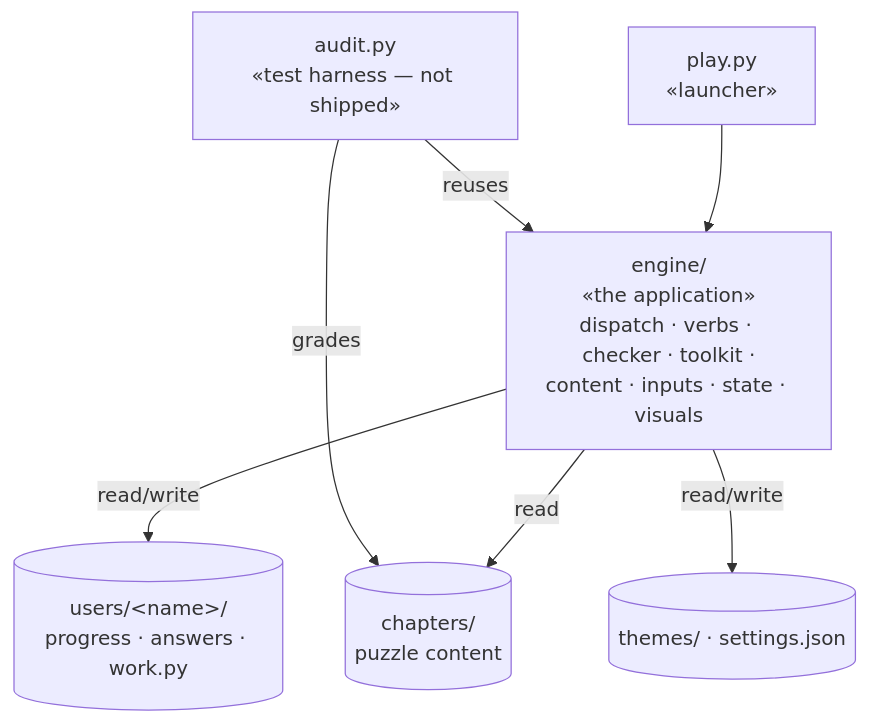
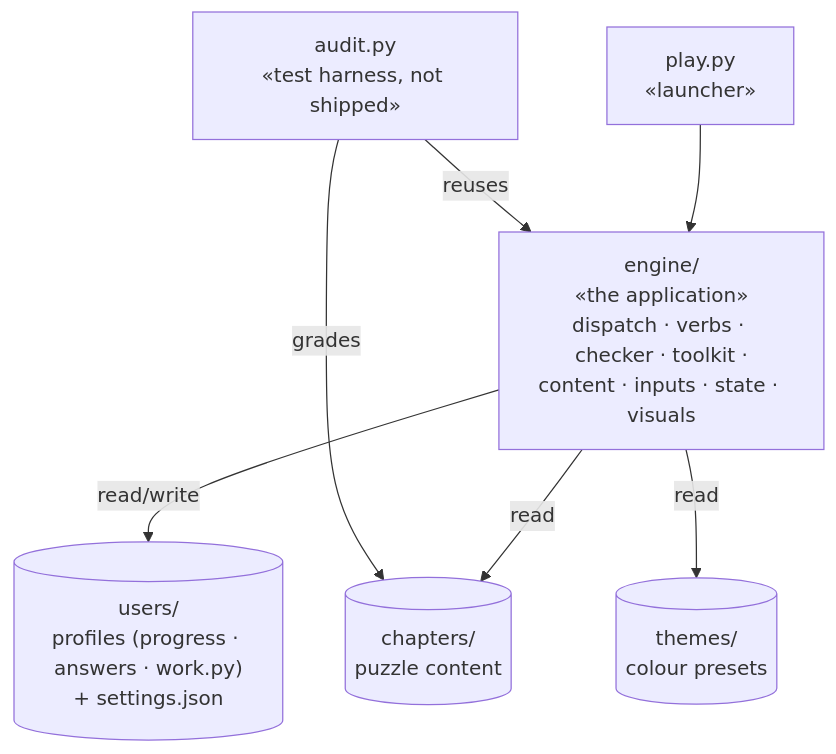
Before and after one commit to N041M/PyQuest: the second of 12 diagrams in docs/architecture/README.md, drawn with Mermaid. The commit also changed other lines of this file and 10 other files, not shown here.

````diff
--- a/docs/architecture/README.md
+++ b/docs/architecture/README.md
@@ -55,16 +55,16 @@
 ```mermaid
 flowchart TB
     play["play.py<br/>«launcher»"]
     engine["engine/<br/>«the application»<br/>dispatch · verbs · checker · toolkit ·<br/>content · inputs · state · visuals"]
-    audit["audit.py<br/>«test harness — not shipped»"]
+    audit["audit.py<br/>«test harness, not shipped»"]
     chapters[("chapters/<br/>puzzle content")]
-    users[("users/&lt;name&gt;/<br/>progress · answers · work.py")]
-    cfg[("themes/ · settings.json")]
+    users[("users/<br/>profiles (progress · answers · work.py)<br/>+ settings.json")]
+    themes[("themes/<br/>colour presets")]
 
     play --> engine
     engine -->|read| chapters
     engine -->|read/write| users
-    engine -->|read/write| cfg
+    engine -->|read| themes
     audit -->|reuses| engine
     audit -->|grades| chapters
 ```
````
